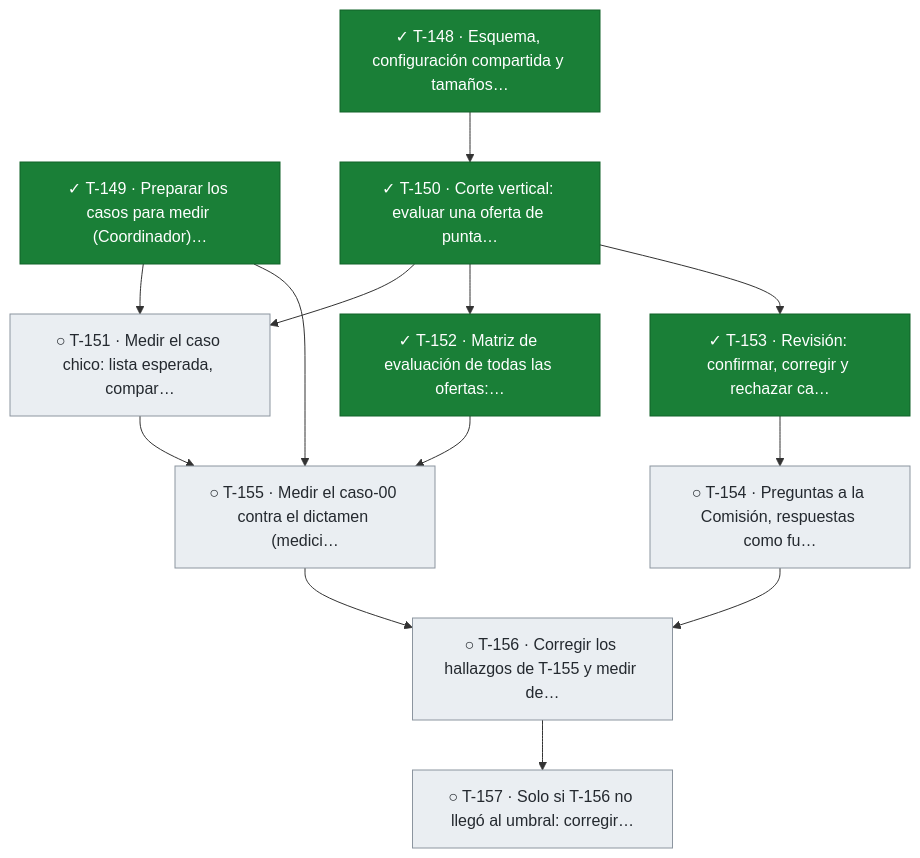
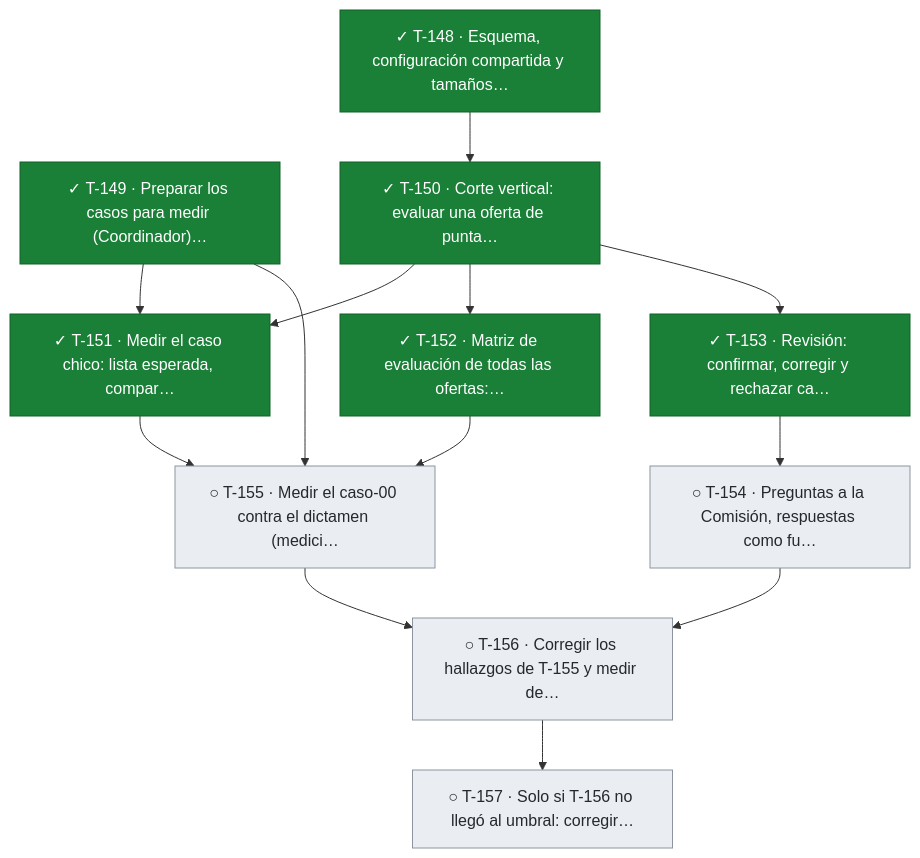
One commit to snavello/EVALUON changed the seventh of 11 diagrams in docs/tablero.md. Above: the diagram before and after it, drawn with Mermaid. The commit also changed other lines of this file and 1 other file, not shown here.

````diff
--- a/docs/tablero.md
+++ b/docs/tablero.md
@@ -685,30 +685,30 @@
 ```mermaid
 flowchart TD
   T148["✓ T-148 · Esquema, configuración compartida y tamaños…"]:::done
   T149["✓ T-149 · Preparar los casos para medir (Coordinador)…"]:::done
   T150["✓ T-150 · Corte vertical: evaluar una oferta de punta…"]:::done
-  T151["○ T-151 · Medir el caso chico: lista esperada, compar…"]:::todo
+  T151["✓ T-151 · Medir el caso chico: lista esperada, compar…"]:::done
   T152["✓ T-152 · Matriz de evaluación de todas las ofertas:…"]:::done
   T153["✓ T-153 · Revisión: confirmar, corregir y rechazar ca…"]:::done
   T154["○ T-154 · Preguntas a la Comisión, respuestas como fu…"]:::todo
   T155["○ T-155 · Medir el caso-00 contra el dictamen (medici…"]:::todo
   T156["○ T-156 · Corregir los hallazgos de T-155 y medir de…"]:::todo
   T157["○ T-157 · Solo si T-156 no llegó al umbral: corregir…"]:::todo
   T148 --> T150
   T149 --> T151
   T150 --> T151
   T150 --> T152
   T150 --> T153
   T153 --> T154
   T149 --> T155
   T151 --> T155
   T152 --> T155
   T154 --> T156
   T155 --> T156
   T156 --> T157
   classDef done fill:#1a7f37,stroke:#116329,color:#ffffff
   classDef review fill:#0969da,stroke:#0550ae,color:#ffffff
   classDef active fill:#bf8700,stroke:#7d4e00,color:#ffffff
   classDef blocked fill:#cf222e,stroke:#a40e26,color:#ffffff
   classDef todo fill:#eaeef2,stroke:#8c959f,color:#24292f
 ```
````
